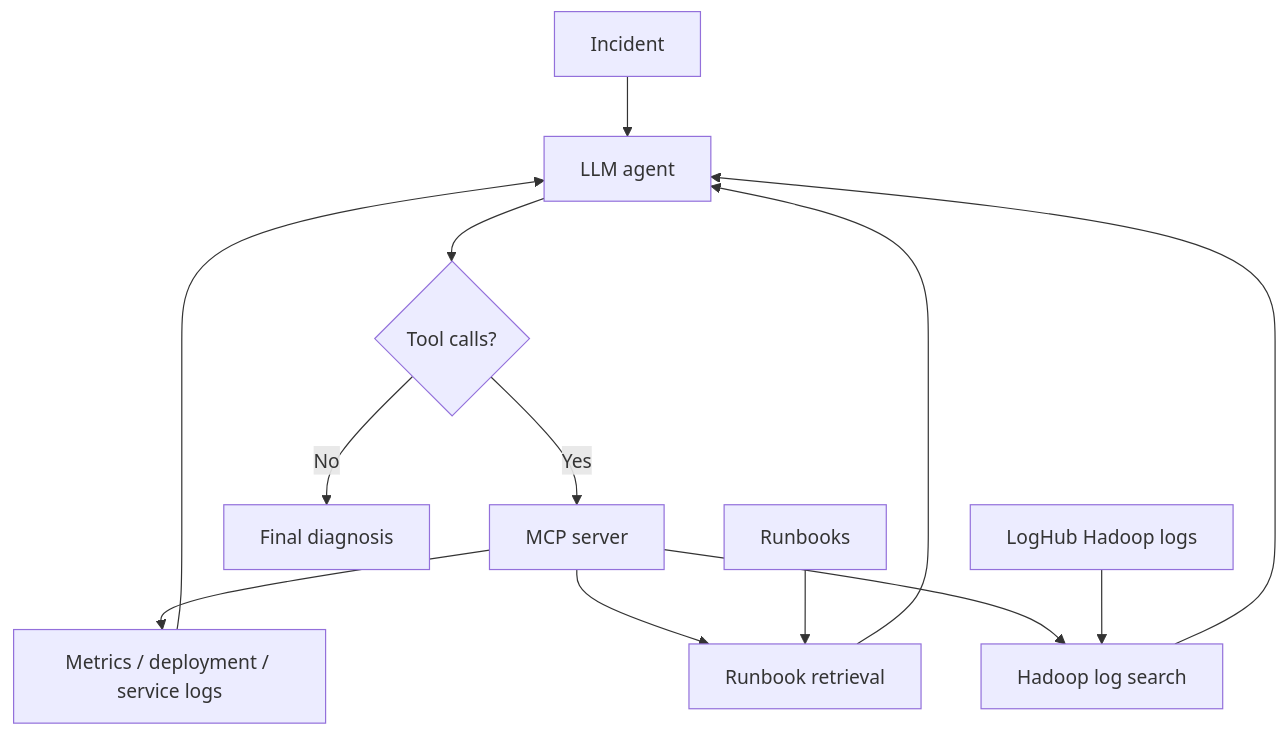
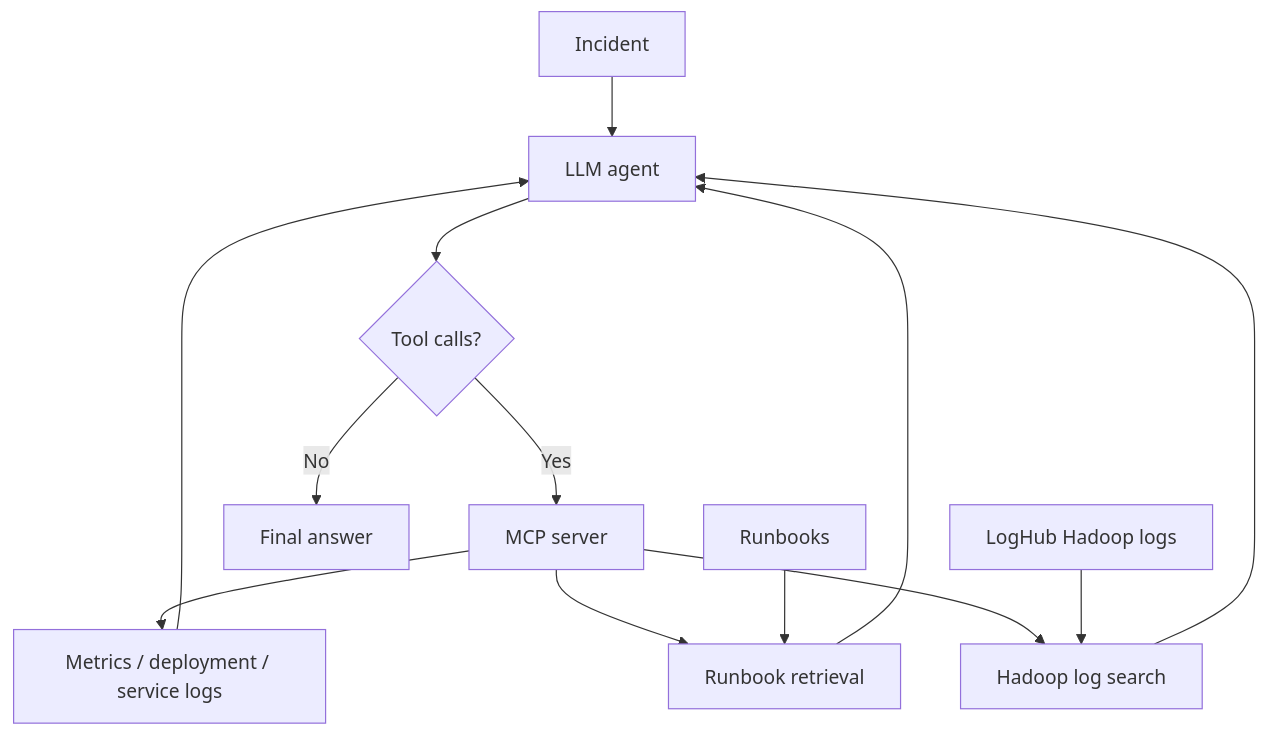
Before and after one commit to walidjalil/agentic-incident-response: the diagram in README.md, drawn with Mermaid. The commit also changed other lines of this file, not shown here.

````diff
--- a/README.md
+++ b/README.md
@@ -94,15 +103,15 @@
 ```mermaid
 flowchart TD
     A[Incident] --> B[LLM agent]
     B --> C{Tool calls?}
     C -->|Yes| D[MCP server]
     D --> E[Metrics / deployment / service logs]
     D --> H[Runbook retrieval]
     D --> I[Hadoop log search]
     E --> B
     H --> B
     I --> B
-    C -->|No| F[Final diagnosis]
+    C -->|No| F[Final answer]
     G[Runbooks] --> H
     J[LogHub Hadoop logs] --> I
 ```
````
